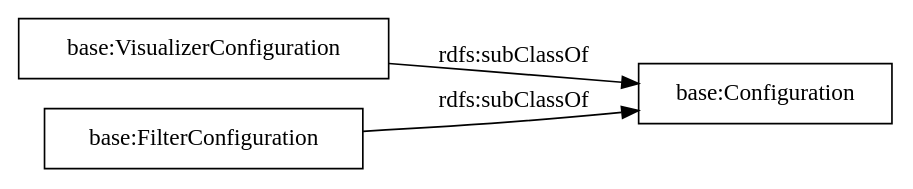
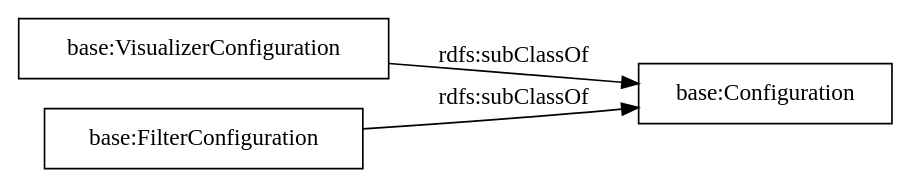
Before and after one commit to OnToologyUser/linkedpipes_applications_ontology: the diagram in OnToology/lpapps.owl/diagrams/ar2dtool-taxonomy/lpapps.owl.png.dot, drawn with Graphviz. The commit also changed other lines of this file and 13 other files, not shown here.

```diff
--- a/OnToology/lpapps.owl/diagrams/ar2dtool-taxonomy/lpapps.owl.png.dot
+++ b/OnToology/lpapps.owl/diagrams/ar2dtool-taxonomy/lpapps.owl.png.dot
@@ -1,8 +1,8 @@
 digraph ar2dtool_diagram { 
 rankdir=LR;
 size="1000"
 node [shape = rectangle, color="black"]; "base:VisualizerConfiguration" "base:FilterConfiguration" "base:Configuration" ; /*classes style*/
+	"base:FilterConfiguration" -> "base:Configuration" [ label = "rdfs:subClassOf" ];
 	"base:VisualizerConfiguration" -> "base:Configuration" [ label = "rdfs:subClassOf" ];
-	"base:FilterConfiguration" -> "base:Configuration" [ label = "rdfs:subClassOf" ];
 
 }
```
